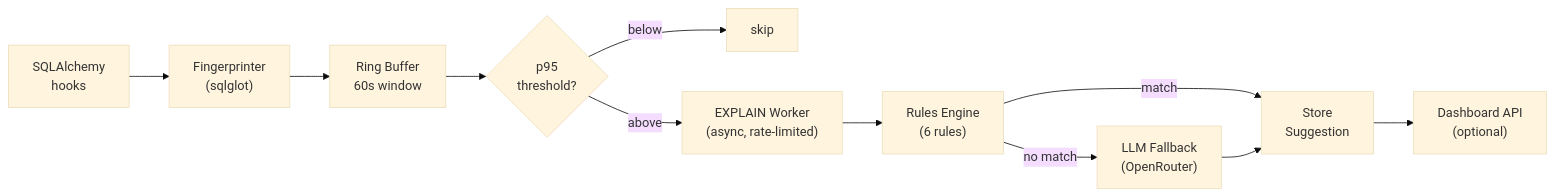
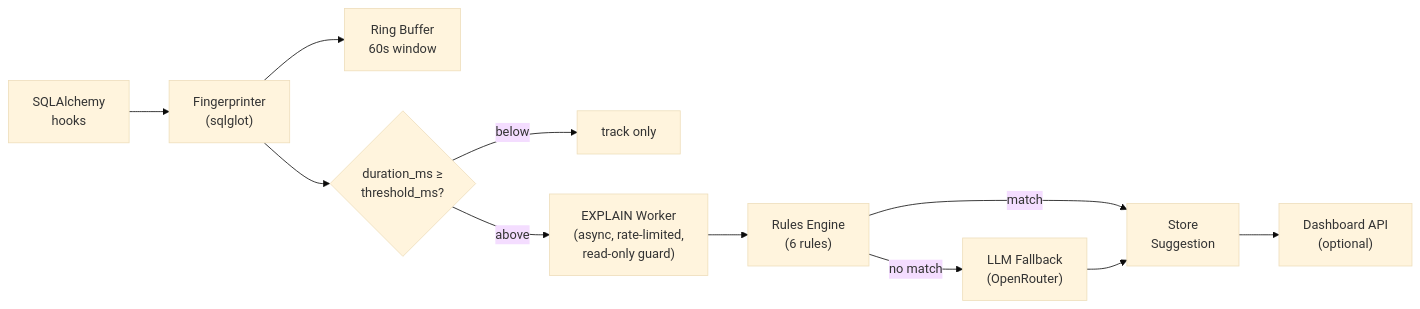
Before and after one commit to Abdul-Muizz1310/slowquery-detective: the first of 3 diagrams in README.md, drawn with Mermaid (base theme). The commit also changed other lines of this file and 6 other files, not shown here.

First line of the commit message:
docs: align README, architecture, and specs with audit fixes

````diff
--- a/README.md
+++ b/README.md
@@ -50,13 +50,13 @@
 ```mermaid
 flowchart LR
     A["SQLAlchemy\nhooks"] --> B["Fingerprinter\n(sqlglot)"]
     B --> C["Ring Buffer\n60s window"]
-    C --> D{"p95\nthreshold?"}
-    D -- below --> E["skip"]
-    D -- above --> F["EXPLAIN Worker\n(async, rate-limited)"]
+    B --> D{"duration_ms ≥\nthreshold_ms?"}
+    D -- below --> E["track only"]
+    D -- above --> F["EXPLAIN Worker\n(async, rate-limited,\nread-only guard)"]
     F --> G["Rules Engine\n(6 rules)"]
     G -- match --> H["Store\nSuggestion"]
     G -- no match --> I["LLM Fallback\n(OpenRouter)"]
     I --> H
     H --> J["Dashboard API\n(optional)"]
 ```
````
